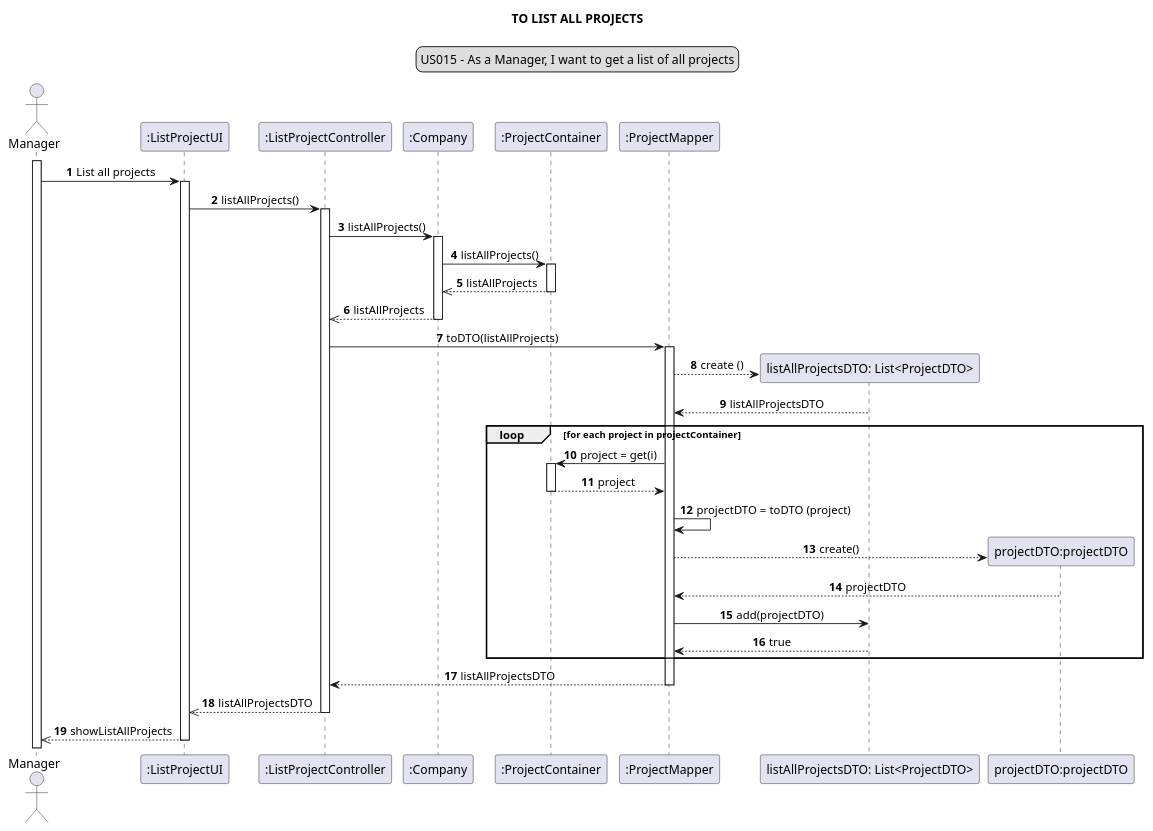
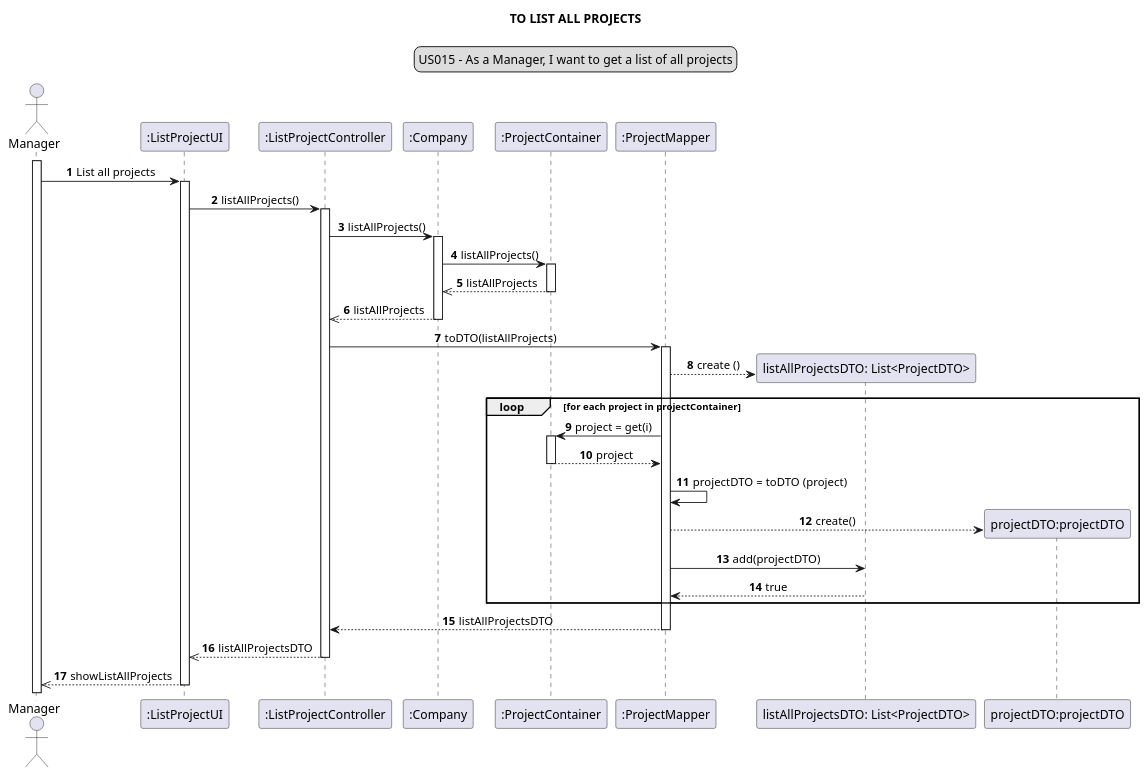
Before and after one commit to Loracline/project_switch_22-23: the diagram in docs/modelling_design/user_stories/us015/US015_sequenceDiagram.puml, drawn with PlantUML. The commit also changed 1 other file, not shown here.

Commit message:
US015:Design: refactor of sequence diagram image

```diff
--- a/docs/modelling_design/user_stories/us015/US015_sequenceDiagram.puml
+++ b/docs/modelling_design/user_stories/us015/US015_sequenceDiagram.puml
@@ -1,52 +1,50 @@
 @startuml
 skinparam sequenceMessageAlign center
 title TO LIST ALL PROJECTS
 legend top
 US015 - As a Manager, I want to get a list of all projects
 end legend
 autonumber
 actor Manager
 participant ":ListProjectUI" as ui
 participant ":ListProjectController" as controller
 participant ":Company" as company
 participant ":ProjectContainer" as container
 participant ":ProjectMapper" as mapper
 participant "listAllProjectsDTO: List<ProjectDTO>" as list
 participant "projectDTO:projectDTO" as DTO
 activate Manager
 Manager -> ui: List all projects
 activate ui
 ui -> controller: listAllProjects()
 activate controller
 controller -> company: listAllProjects()
 activate company
 company -> container: listAllProjects()
 activate container
 container -->> company: listAllProjects
 deactivate container
 company -->> controller: listAllProjects
 deactivate company
 controller -> mapper: toDTO(listAllProjects)
 activate mapper
 create list
 mapper --> list: create ()
-list --> mapper: listAllProjectsDTO
 loop for each project in projectContainer
 mapper -> container: project = get(i)
 activate container
 container --> mapper: project
 deactivate container
 mapper -> mapper : projectDTO = toDTO (project)
 create DTO
 mapper --> DTO : create()
-DTO --> mapper : projectDTO
 mapper ->list :add(projectDTO)
 list --> mapper : true
 end loop
 mapper --> controller :listAllProjectsDTO
 deactivate mapper
 controller -->> ui: listAllProjectsDTO
 deactivate controller
 ui -->>Manager: showListAllProjects
 deactivate ui
 @enduml
```
